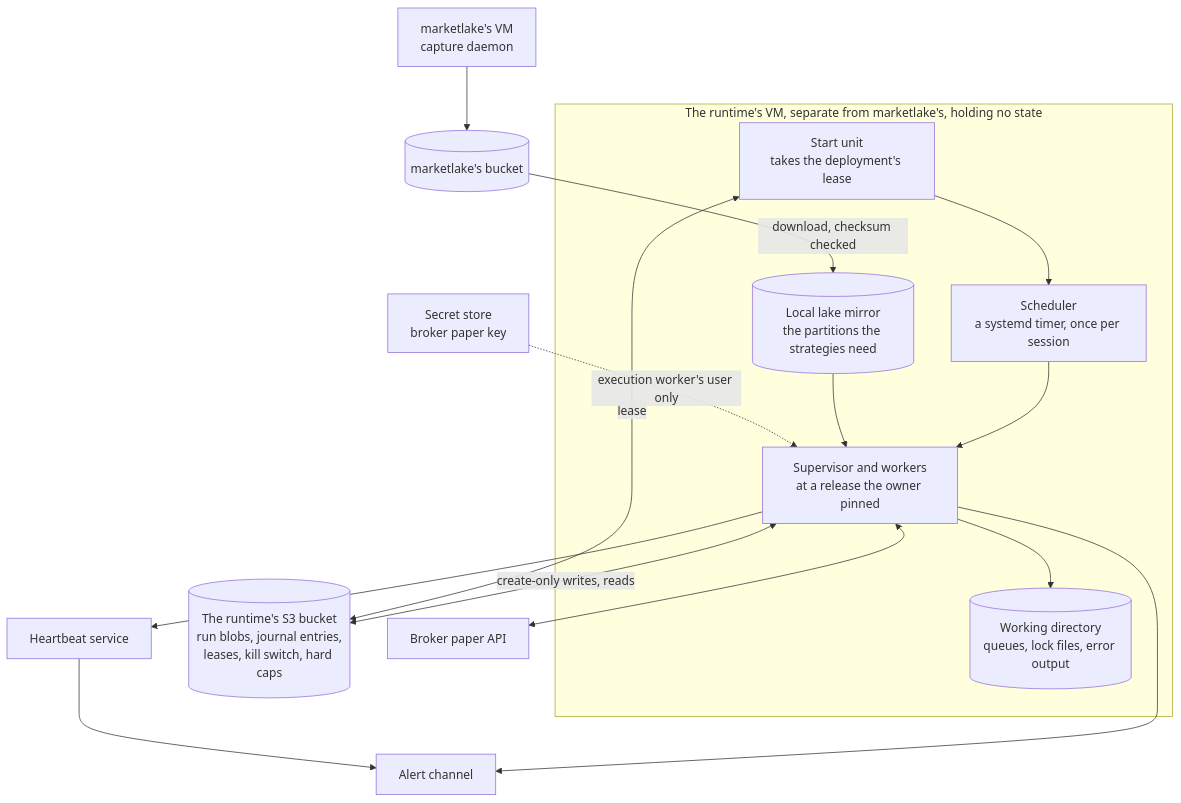
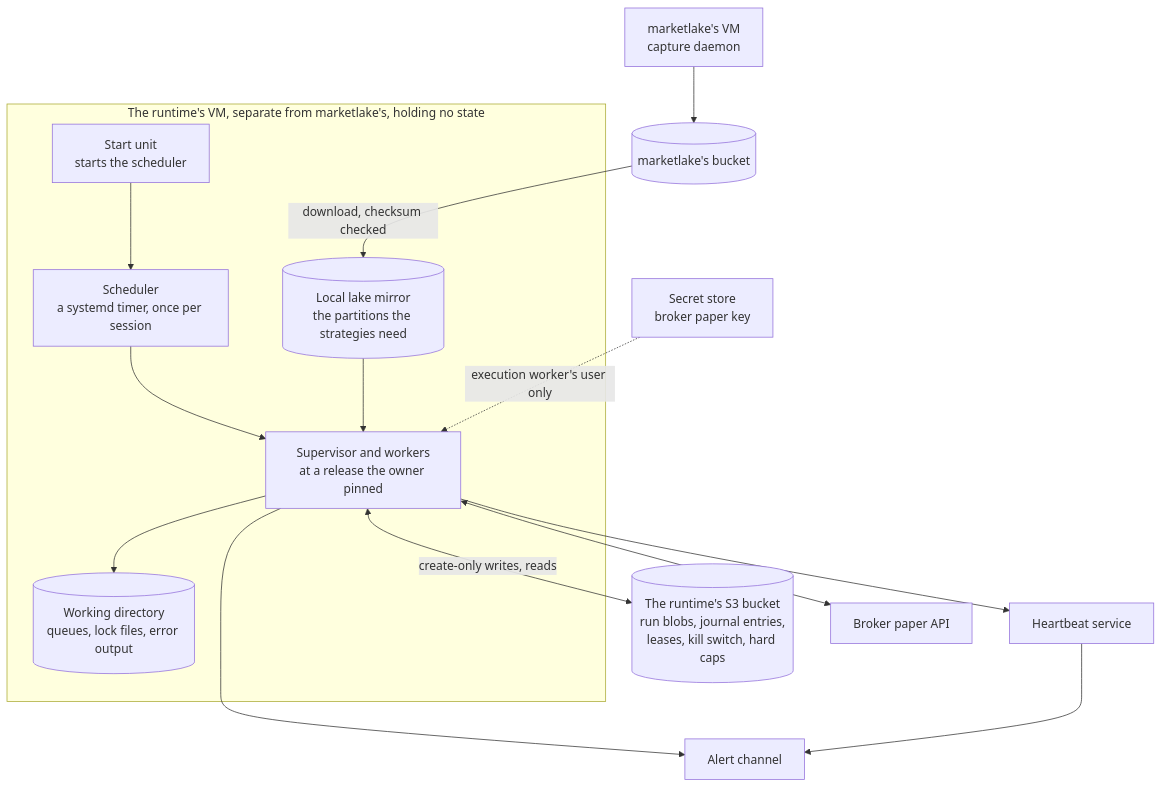
One commit to l3a0/ithildin-runtime changed diagram 15 of 16 in docs/architecture.md. Above: the diagram before and after it, drawn with Mermaid. The commit also changed other lines of this file and 2 other files, not shown here.

````diff
--- a/docs/architecture.md
+++ b/docs/architecture.md
@@ -1413,30 +1428,29 @@
 ```mermaid
 flowchart TB
     subgraph host["The runtime's VM, separate from marketlake's, holding no state"]
-        start["Start unit<br/>takes the deployment's lease"]
+        start["Start unit<br/>starts the scheduler"]
         timer["Scheduler<br/>a systemd timer, once per session"]
         run["Supervisor and workers<br/>at a release the owner pinned"]
         work[("Working directory<br/>queues, lock files, error output")]
         mirror[("Local lake mirror<br/>the partitions the strategies need")]
         start --> timer --> run
         run --> work
         mirror --> run
     end
     mlvm["marketlake's VM<br/>capture daemon"]
     lake[("marketlake's bucket")]
     bucket[("The runtime's S3 bucket<br/>run blobs, journal entries,<br/>leases, kill switch, hard caps")]
     secrets["Secret store<br/>broker paper key"]
     broker["Broker paper API"]
     beat["Heartbeat service"]
     alerts["Alert channel"]
 
     mlvm --> lake
     lake -->|"download, checksum checked"| mirror
     run <-->|"create-only writes, reads"| bucket
-    start <-->|"lease"| bucket
     secrets -. "execution worker's user only" .-> run
     run <--> broker
     run --> beat
     run --> alerts
     beat --> alerts
 ```
````
